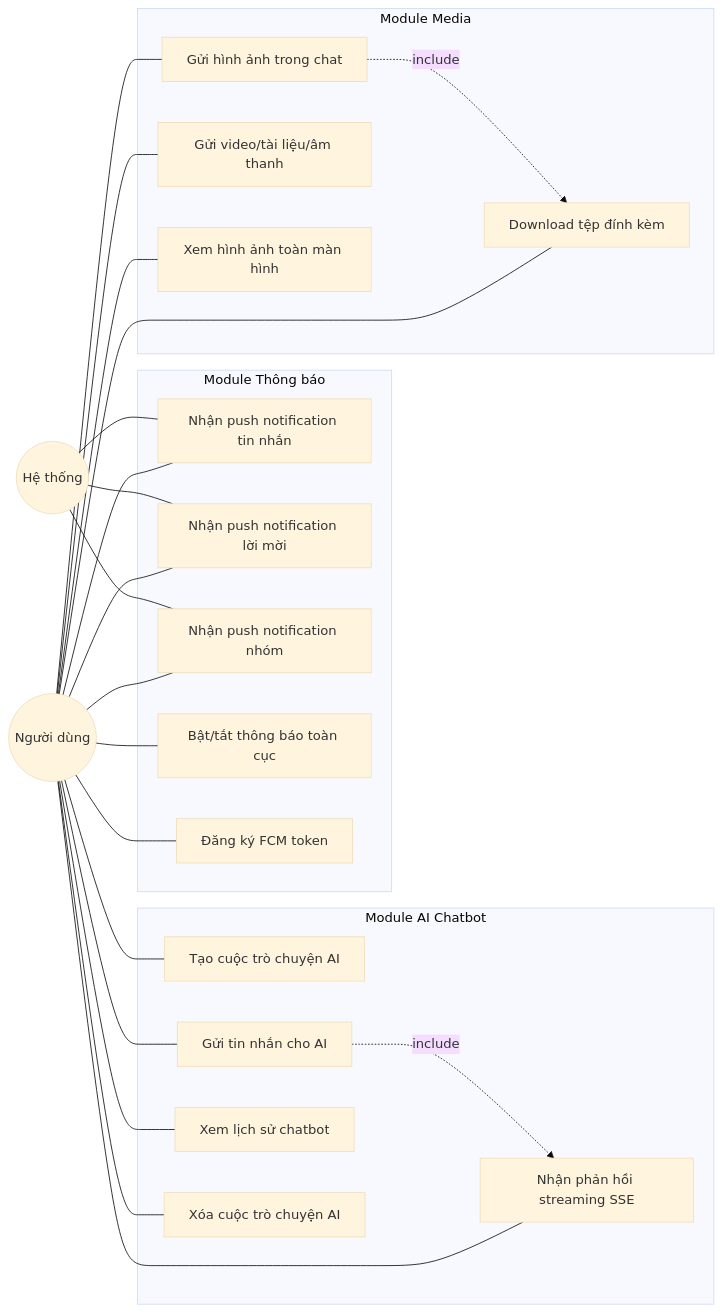
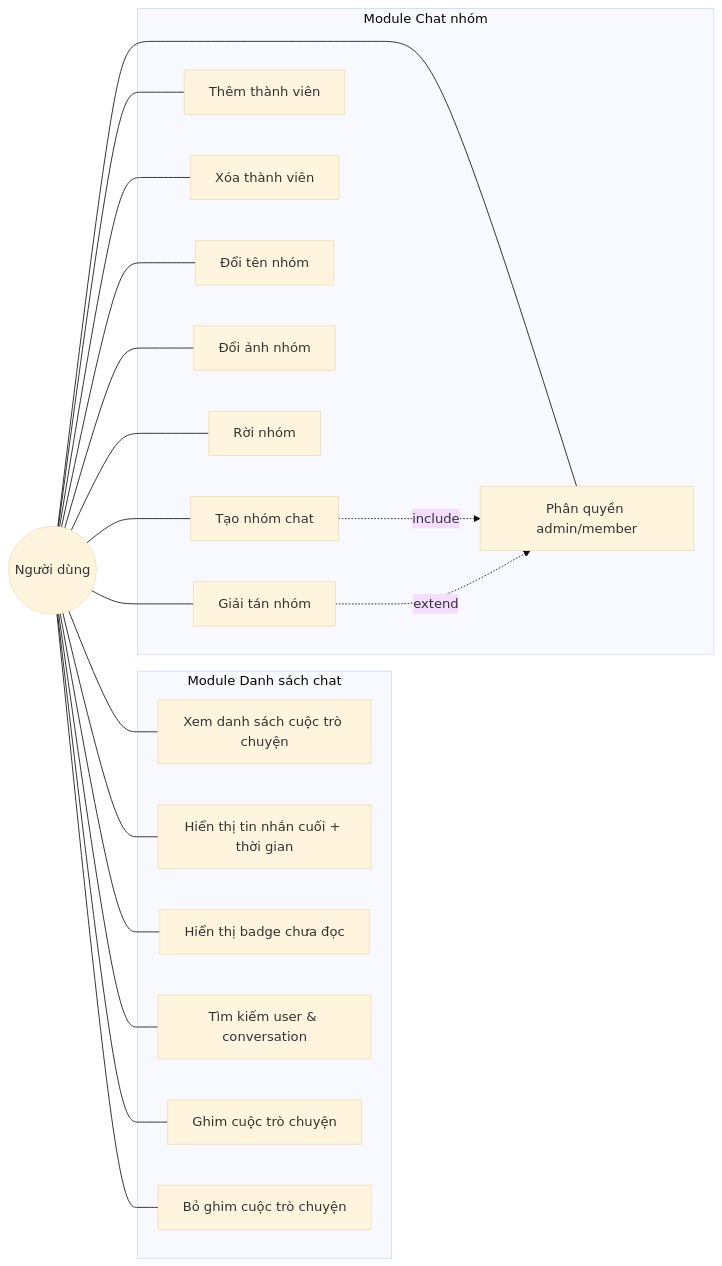
One commit to HiepNguyen284/chatapp changed the third of 11 diagrams in bao_cao_thanh_vien_4.md. Above: the diagram before and after it, drawn with Mermaid (base theme). The commit also changed other lines of this file and 4473 other files, not shown here.

````diff
--- a/bao_cao_thanh_vien_4.md
+++ b/bao_cao_thanh_vien_4.md
@@ -446,50 +407,42 @@
 ```mermaid
 graph LR
     User((Người dùng))
-    System((Hệ thống))
 
-    subgraph UC_Media["Module Media"]
-        UC1["Gửi hình ảnh trong chat"]
-        UC2["Gửi video/tài liệu/âm thanh"]
-        UC3["Xem hình ảnh toàn màn hình"]
-        UC4["Download tệp đính kèm"]
+    subgraph UC_List["Module Danh sách chat"]
+        UC1["Xem danh sách cuộc trò chuyện"]
+        UC2["Hiển thị tin nhắn cuối + thời gian"]
+        UC3["Hiển thị badge chưa đọc"]
+        UC4["Tìm kiếm user & conversation"]
+        UC5["Ghim cuộc trò chuyện"]
+        UC6["Bỏ ghim cuộc trò chuyện"]
     end
 
-    subgraph UC_Notify["Module Thông báo"]
-        UC5["Nhận push notification tin nhắn"]
-        UC6["Nhận push notification lời mời"]
-        UC7["Nhận push notification nhóm"]
-        UC8["Bật/tắt thông báo toàn cục"]
-        UC9["Đăng ký FCM token"]
-    end
-
-    subgraph UC_AI["Module AI Chatbot"]
-        UC10["Tạo cuộc trò chuyện AI"]
-        UC11["Gửi tin nhắn cho AI"]
-        UC12["Nhận phản hồi streaming SSE"]
-        UC13["Xem lịch sử chatbot"]
-        UC14["Xóa cuộc trò chuyện AI"]
+    subgraph UC_Group["Module Chat nhóm"]
+        UC7["Tạo nhóm chat"]
+        UC8["Thêm thành viên"]
+        UC9["Xóa thành viên"]
+        UC10["Phân quyền admin/member"]
+        UC11["Đổi tên nhóm"]
+        UC12["Đổi ảnh nhóm"]
+        UC13["Rời nhóm"]
+        UC14["Giải tán nhóm"]
     end
 
     User --- UC1
     User --- UC2
     User --- UC3
     User --- UC4
     User --- UC5
     User --- UC6
     User --- UC7
     User --- UC8
     User --- UC9
     User --- UC10
     User --- UC11
     User --- UC12
     User --- UC13
     User --- UC14
 
-    System --- UC5
-    System --- UC6
-    System --- UC7
-
-    UC1 -.->|"include"| UC4
-    UC11 -.->|"include"| UC12
+    UC7 -.->|"include"| UC10
+    UC14 -.->|"extend"| UC10
 ```
````
